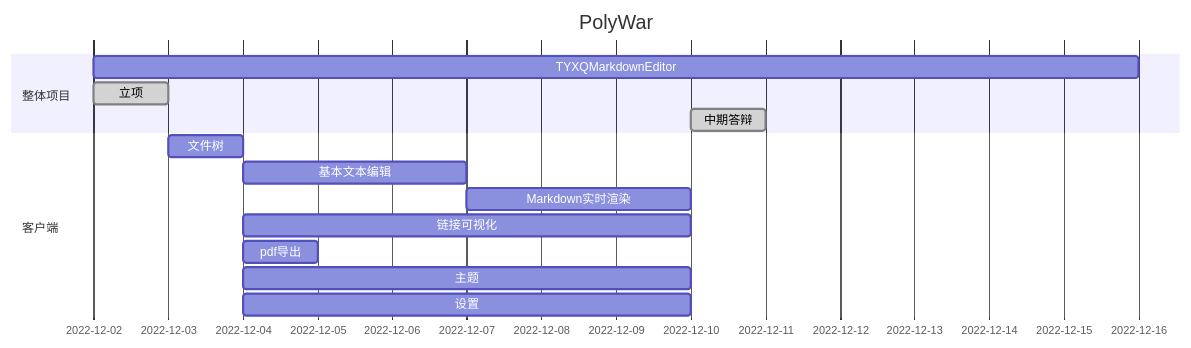
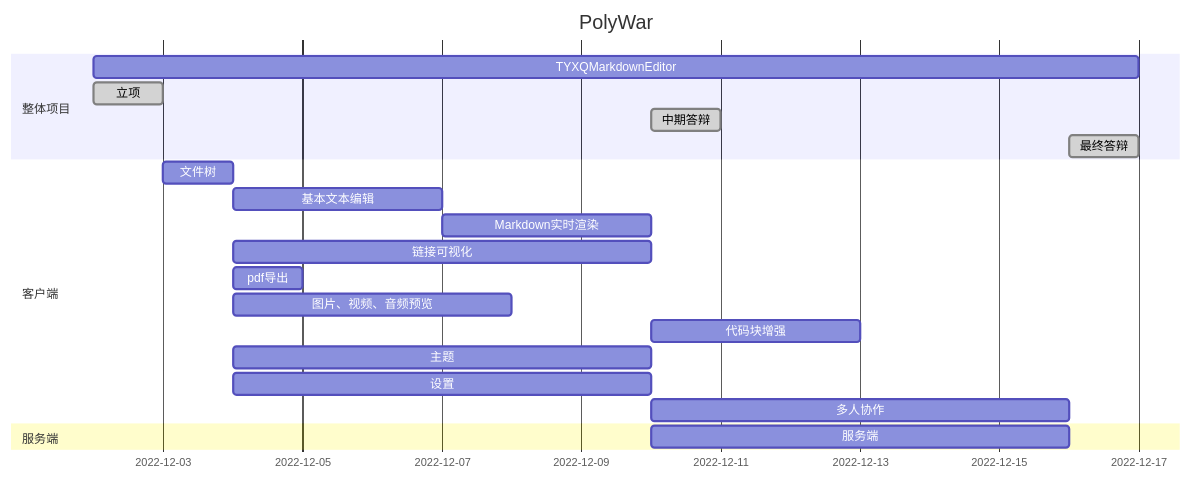
Before and after one commit to TYXQ-Studio/TYXQMarkdownEditor: the diagram in Draft.md, drawn with Mermaid. The commit also changed other lines of this file and 8 other files, not shown here.

````diff
--- a/Draft.md
+++ b/Draft.md
@@ -15,22 +3,24 @@
 ```mermaid
 gantt
     title PolyWar
     dateFormat  YYYY-MM-DD
     section 整体项目
-    TYXQMarkdownEditor								   :2022-12-02, 2022-12-16
+    TYXQMarkdownEditor								   :2022-12-02, 2022-12-17
     立项           									 :done, a1, 2022-12-02, 1d
     中期答辩      									   :done, a2, 2022-12-10, 1d
+    最终答辩      									   :done, a3, 2022-12-16, 1d
     section 客户端
     文件树                                             :file_tree, after a1, 1d
     基本文本编辑                                       :basic, after file_tree, 3d
-    Markdown实时渲染                                   :after basic, 3d
+    Markdown实时渲染                                   :render, after basic, 3d
     链接可视化                                         :visual_link, after file_tree, 6d
     pdf导出                                            :after file_tree, 1d
+    图片、视频、音频预览                               :after file_tree, 4d
+    代码块增强                                         :after render, 3d
     主题                                               :after file_tree, 6d
     设置                                               :after file_tree, 6d
+    多人协作                                           :after render, 6d
     section 服务端
-    
+    服务端                                             :after render, 6d
     section 功能类
-    
-    
 ```
````
